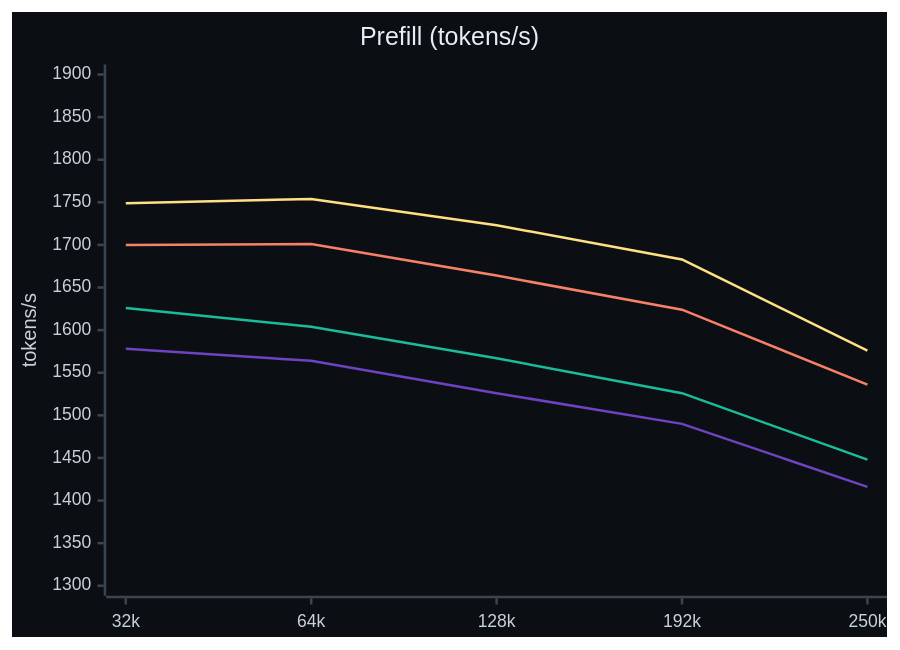
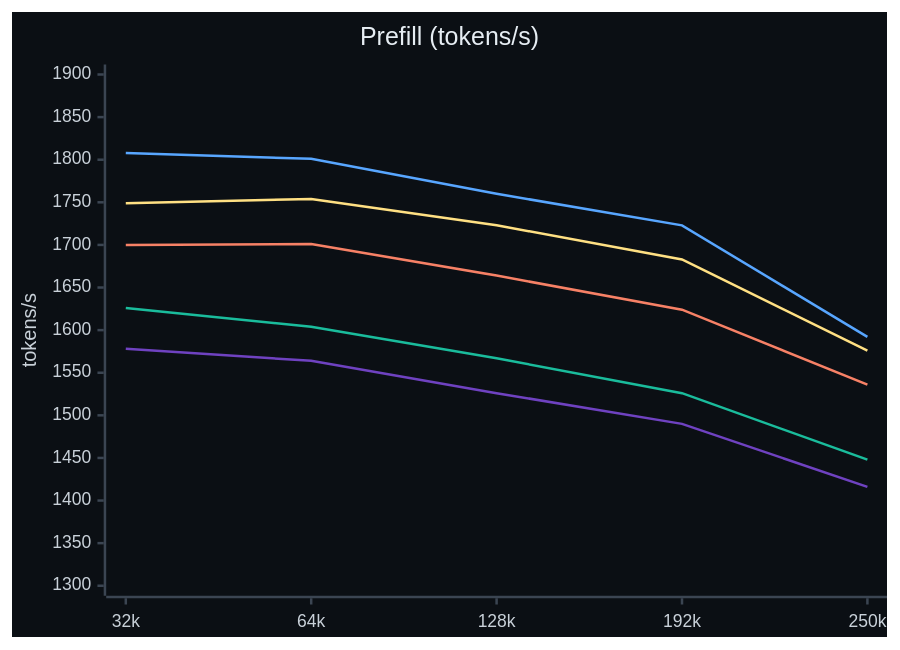
Before and after one commit to jaedync/crucible-strix-halo: the first of 4 diagrams in docs/RESULTS.md, drawn with Mermaid. The commit also changed other lines of this file and 63 other files, not shown here.

````diff
--- a/docs/RESULTS.md
+++ b/docs/RESULTS.md
@@ -88,11 +89,12 @@
 ```mermaid
-%%{init: {"theme": "base", "themeVariables": {"xyChart": {"backgroundColor": "#0b0f14", "titleColor": "#e6edf3", "xAxisLabelColor": "#c9d1d9", "yAxisLabelColor": "#c9d1d9", "xAxisTitleColor": "#c9d1d9", "yAxisTitleColor": "#c9d1d9", "xAxisLineColor": "#3b4552", "yAxisLineColor": "#3b4552", "xAxisTickColor": "#3b4552", "yAxisTickColor": "#3b4552", "plotColorPalette": "#6f42c1, #1abc9c, #f78166, #ffe083"}}}}%%
+%%{init: {"theme": "base", "themeVariables": {"xyChart": {"backgroundColor": "#0b0f14", "titleColor": "#e6edf3", "xAxisLabelColor": "#c9d1d9", "yAxisLabelColor": "#c9d1d9", "xAxisTitleColor": "#c9d1d9", "yAxisTitleColor": "#c9d1d9", "xAxisLineColor": "#3b4552", "yAxisLineColor": "#3b4552", "xAxisTickColor": "#3b4552", "yAxisTickColor": "#3b4552", "plotColorPalette": "#6f42c1, #1abc9c, #f78166, #ffe083, #58a6ff"}}}}%%
 xychart-beta
     title "Prefill (tokens/s)"
     x-axis ["32k", "64k", "128k", "192k", "250k"]
     y-axis "tokens/s" 1300 --> 1900
     line [1578, 1564, 1526, 1490, 1416]
     line [1626, 1604, 1567, 1526, 1448]
     line [1700, 1701, 1664, 1624, 1536]
     line [1749, 1754, 1723, 1683, 1576]
+    line [1808, 1801, 1760, 1723, 1592]
 ```
````
